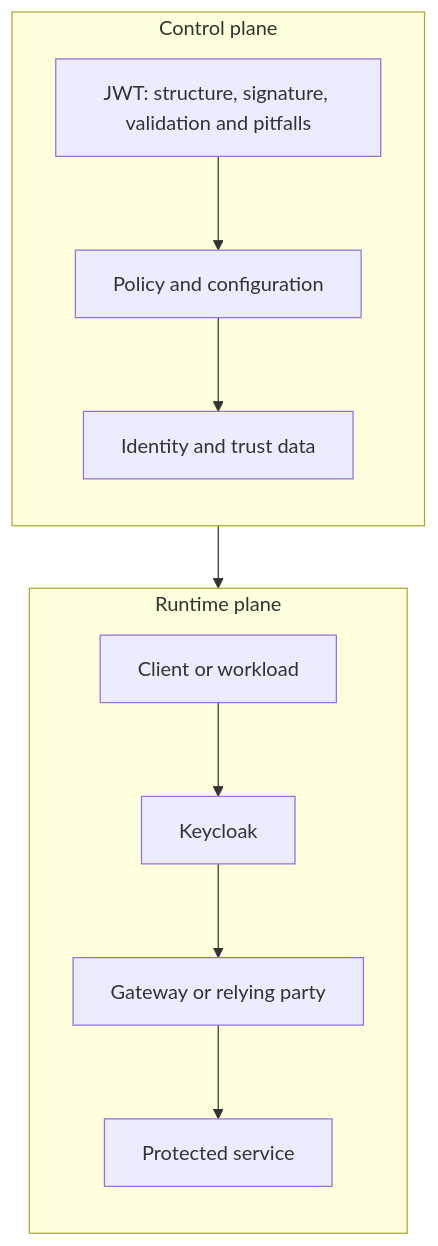
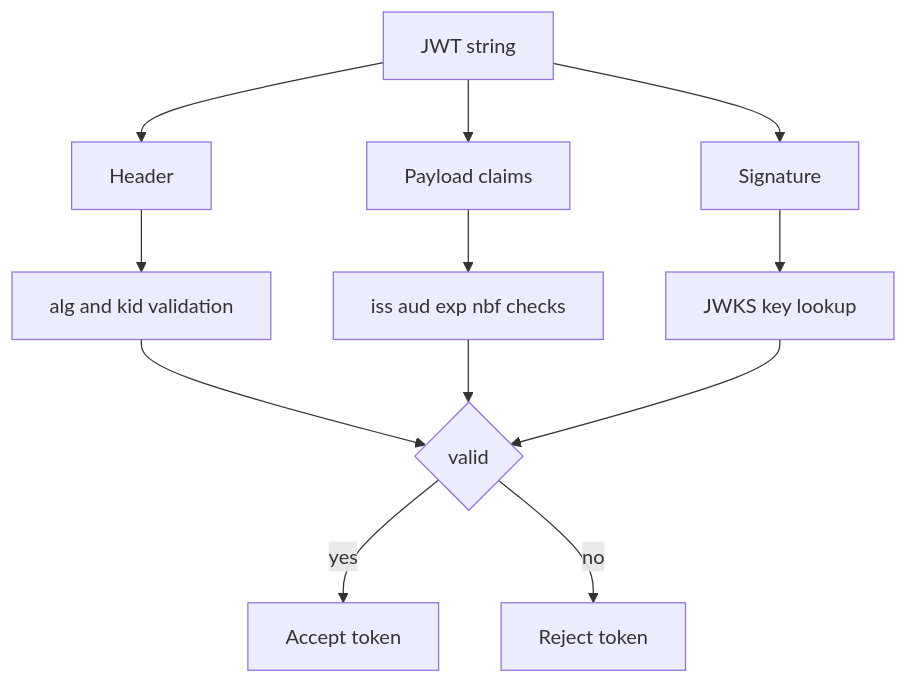
Diagram 13 of 36 in KeyCloack Reference Book.md (jeanflorentine/IAM-KeyCloack-Lab), drawn with Mermaid before and after one commit. The commit also changed other lines of this file, not shown here.

Commit message:
Revise chapter structure diagrams and chapter 31 interview bank

````diff
--- a/KeyCloack Reference Book.md
+++ b/KeyCloack Reference Book.md
@@ -1399,24 +1321,14 @@
 ```mermaid
-flowchart TB
-    subgraph CP[Control plane]
-        direction TB
-        A[JWT: structure, signature, validation and pitfalls]
-        B[Policy and configuration]
-        C[Identity and trust data]
-        A --> B
-        B --> C
-    end
-
-    subgraph RP[Runtime plane]
-        direction TB
-        D[Client or workload]
-        E[Keycloak]
-        F[Gateway or relying party]
-        G[Protected service]
-        D --> E
-        E --> F
-        F --> G
-    end
-
-    CP --> RP
+flowchart TD
+    JWT[JWT string] --> Header[Header]
+    JWT --> Payload[Payload claims]
+    JWT --> Signature[Signature]
+    Header --> AlgCheck[alg and kid validation]
+    Payload --> ClaimCheck[iss aud exp nbf checks]
+    Signature --> KeyFetch[JWKS key lookup]
+    AlgCheck --> Decision{valid}
+    ClaimCheck --> Decision
+    KeyFetch --> Decision
+    Decision -->|yes| Accept[Accept token]
+    Decision -->|no| Reject[Reject token]
 ```
````
